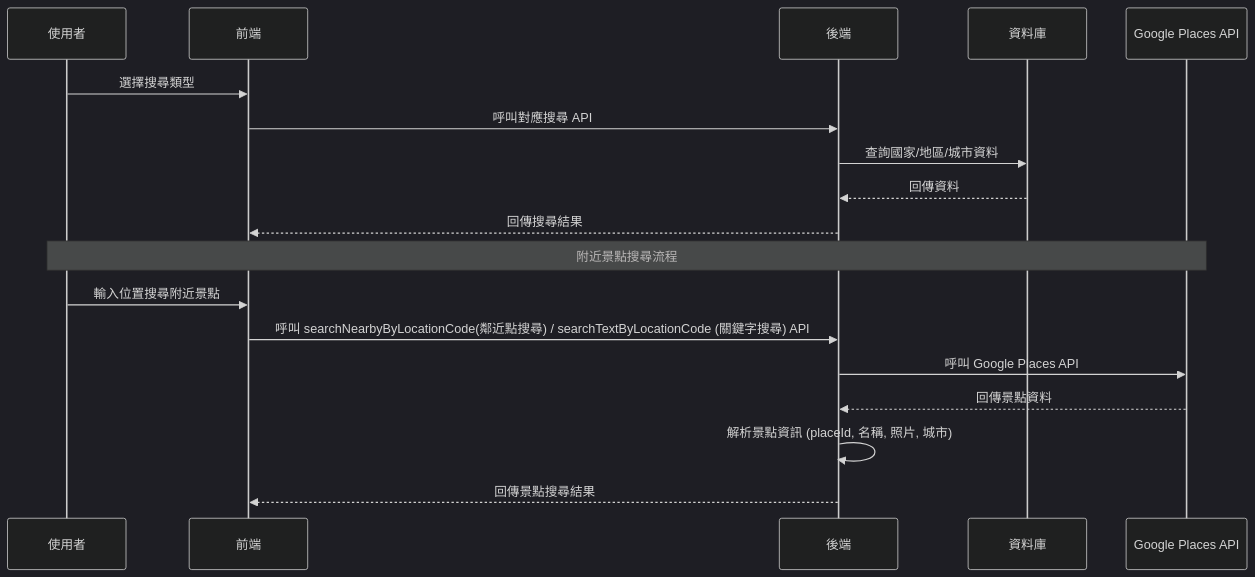
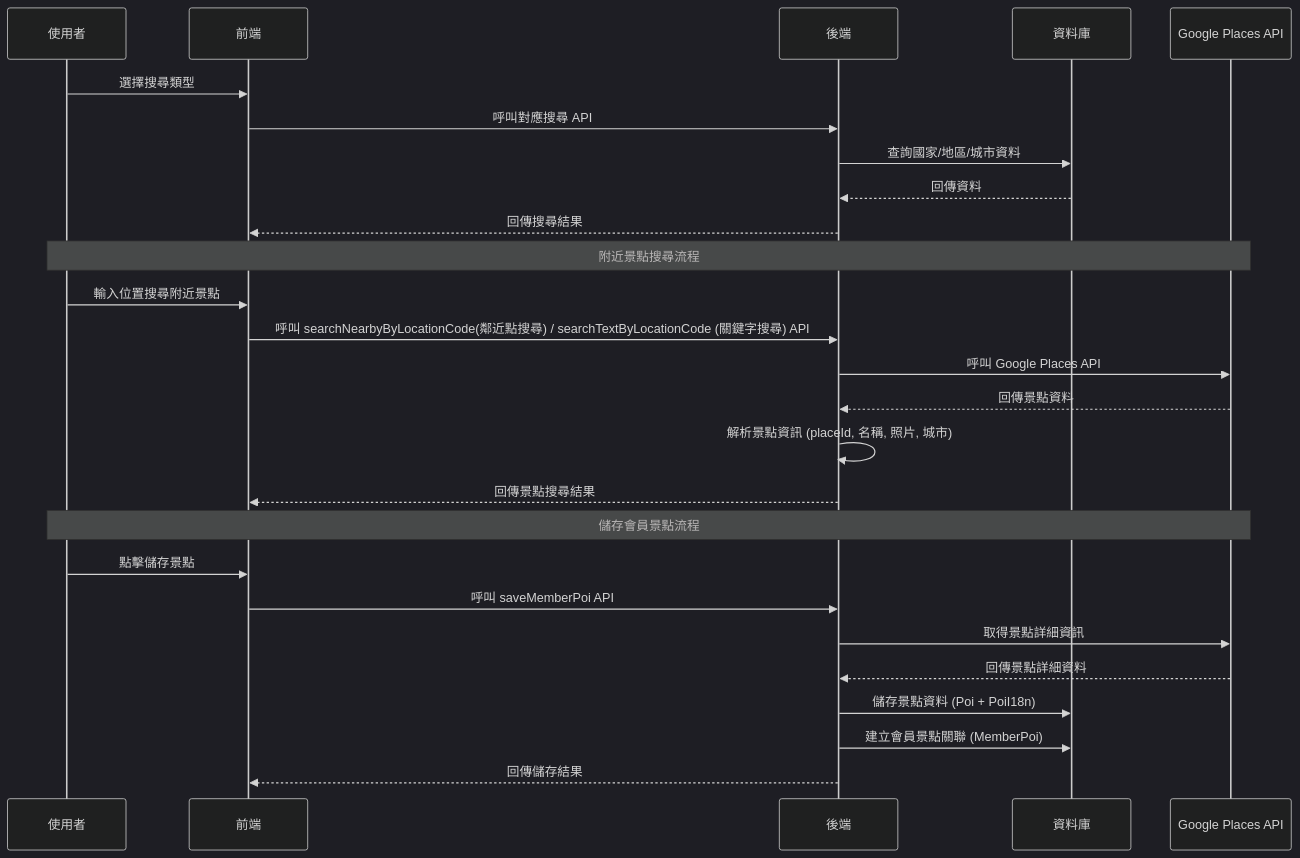
The diagram in backend/docs/search.md (loveu8/TravelPlanWithAccounting), drawn with Mermaid (dark theme) before and after one commit. The commit also changed other lines of this file and 1 other file, not shown here.

````diff
--- a/backend/docs/search.md
+++ b/backend/docs/search.md
@@ -7,22 +7,31 @@
 ```mermaid
 sequenceDiagram
     participant User as 使用者
     participant FE as 前端
     participant BE as 後端
     participant DB as 資料庫
     participant Google as Google Places API
 
     User->>FE: 選擇搜尋類型
     FE->>BE: 呼叫對應搜尋 API
     BE->>DB: 查詢國家/地區/城市資料
     DB-->>BE: 回傳資料
     BE-->>FE: 回傳搜尋結果
     
     Note over User,Google: 附近景點搜尋流程
     User->>FE: 輸入位置搜尋附近景點
     FE->>BE: 呼叫 searchNearbyByLocationCode(鄰近點搜尋) / searchTextByLocationCode (關鍵字搜尋) API
     BE->>Google: 呼叫 Google Places API
     Google-->>BE: 回傳景點資料
     BE->>BE: 解析景點資訊 (placeId, 名稱, 照片, 城市)
     BE-->>FE: 回傳景點搜尋結果
+    
+    Note over User,Google: 儲存會員景點流程
+    User->>FE: 點擊儲存景點
+    FE->>BE: 呼叫 saveMemberPoi API
+    BE->>Google: 取得景點詳細資訊
+    Google-->>BE: 回傳景點詳細資料
+    BE->>DB: 儲存景點資料 (Poi + PoiI18n)
+    BE->>DB: 建立會員景點關聯 (MemberPoi)
+    BE-->>FE: 回傳儲存結果
 ```
````
